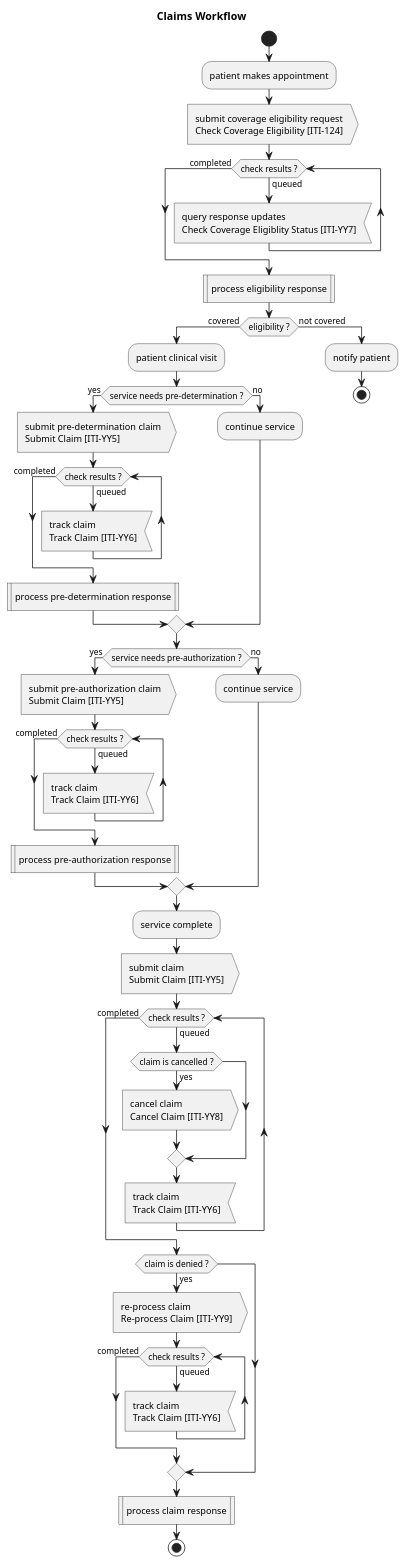
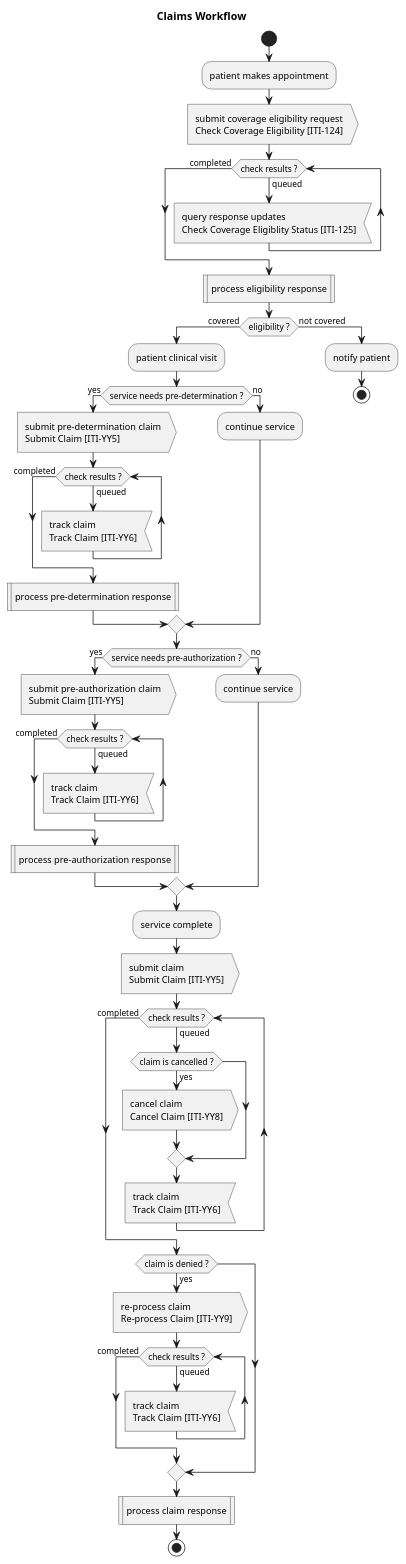
Before and after one commit to IHE/ITI.Finance: the diagram in input/images-source/overview-visit.plantuml, drawn with PlantUML. The commit also changed 14 other files, not shown here.

```diff
--- a/input/images-source/overview-visit.plantuml
+++ b/input/images-source/overview-visit.plantuml
@@ -1,53 +1,53 @@
 @startuml
 
 title Claims Workflow
 
 start
 :patient makes appointment;
 :submit coverage eligibility request\nCheck Coverage Eligibility &#91;ITI-124&#93;>
 while (check results ?) is (queued)
-  :query response updates\nCheck Coverage Eligiblity Status &#91;ITI-YY7&#93;<
+  :query response updates\nCheck Coverage Eligiblity Status &#91;ITI-125&#93;<
 endwhile (completed)
 :process eligibility response|
 if (eligibility ?) then (covered)
   :patient clinical visit;
 
   if (service needs pre-determination ?) then (yes)
     :submit pre-determination claim\nSubmit Claim &#91;ITI-YY5&#93;>
     while (check results ?) is (queued)
       :track claim\nTrack Claim &#91;ITI-YY6&#93;<
     endwhile (completed)
     :process pre-determination response|
   else (no)
     :continue service;
   endif 
   if (service needs pre-authorization ?) then (yes)
   :submit pre-authorization claim\nSubmit Claim &#91;ITI-YY5&#93;>
   while (check results ?) is (queued)
     :track claim\nTrack Claim &#91;ITI-YY6&#93;<
   endwhile (completed)
   :process pre-authorization response|
   else (no)
     :continue service;
   endif
   :service complete;
   :submit claim\nSubmit Claim &#91;ITI-YY5&#93;>
   while (check results ?) is (queued)
     if (claim is cancelled ?) then (yes)
       :cancel claim\nCancel Claim &#91;ITI-YY8&#93;>
     endif
     :track claim\nTrack Claim &#91;ITI-YY6&#93;<
   endwhile (completed)
   if (claim is denied ?) then (yes)
     :re-process claim\nRe-process Claim &#91;ITI-YY9&#93;>
     while (check results ?) is (queued)
       :track claim\nTrack Claim &#91;ITI-YY6&#93;<
     endwhile (completed)
   endif
   :process claim response|
   stop
 else (not covered)
   :notify patient;
   stop
 
 @enduml
```
